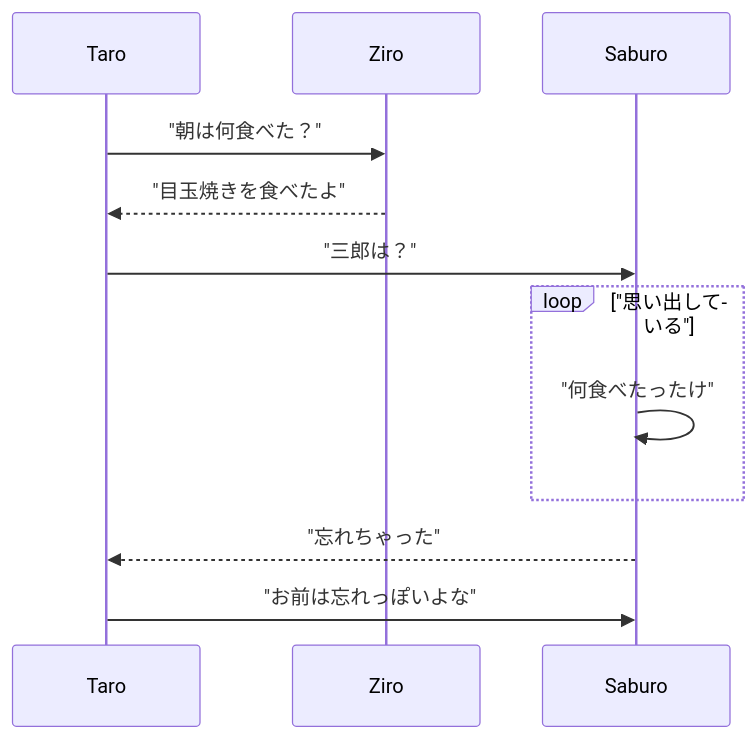
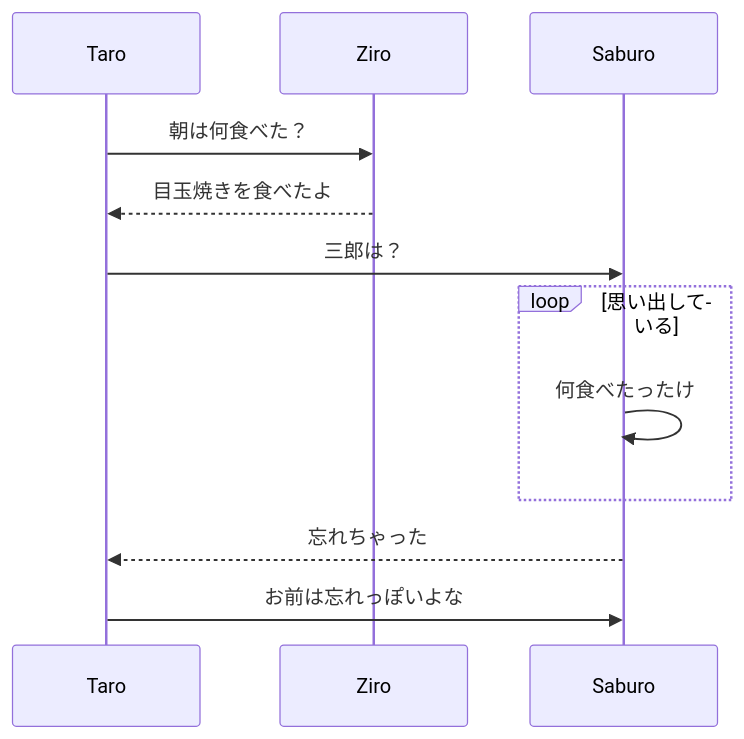
One commit to tpu-game-2022/mermaid_test changed the second of 2 diagrams in README.md. Above: the diagram before and after it, drawn with Mermaid.

````diff
--- a/README.md
+++ b/README.md
@@ -39,14 +39,14 @@
 ```mermaid
 sequenceDiagram
   participant Taro
   participant Ziro
   participant Saburo
-  Taro ->> Ziro: "朝は何食べた？"
-  Ziro -->> Taro: "目玉焼きを食べたよ"
-  Taro ->> Saburo: "三郎は？"
-  loop "思い出している"
-    Saburo ->> Saburo: "何食べたったけ"
+  Taro ->> Ziro: 朝は何食べた？
+  Ziro -->> Taro: 目玉焼きを食べたよ
+  Taro ->> Saburo: 三郎は？
+  loop 思い出している
+    Saburo ->> Saburo: 何食べたったけ
   end
-  Saburo -->> Taro: "忘れちゃった"
-  Taro ->> Saburo: "お前は忘れっぽいよな"
+  Saburo -->> Taro: 忘れちゃった
+  Taro ->> Saburo: お前は忘れっぽいよな
 ```
````
